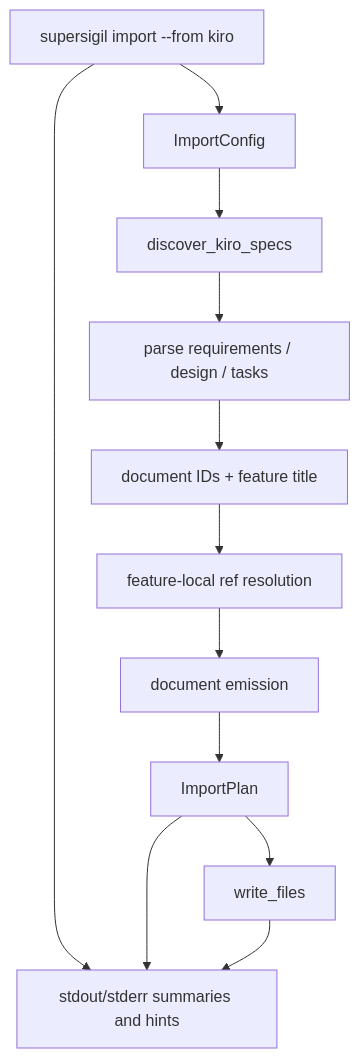
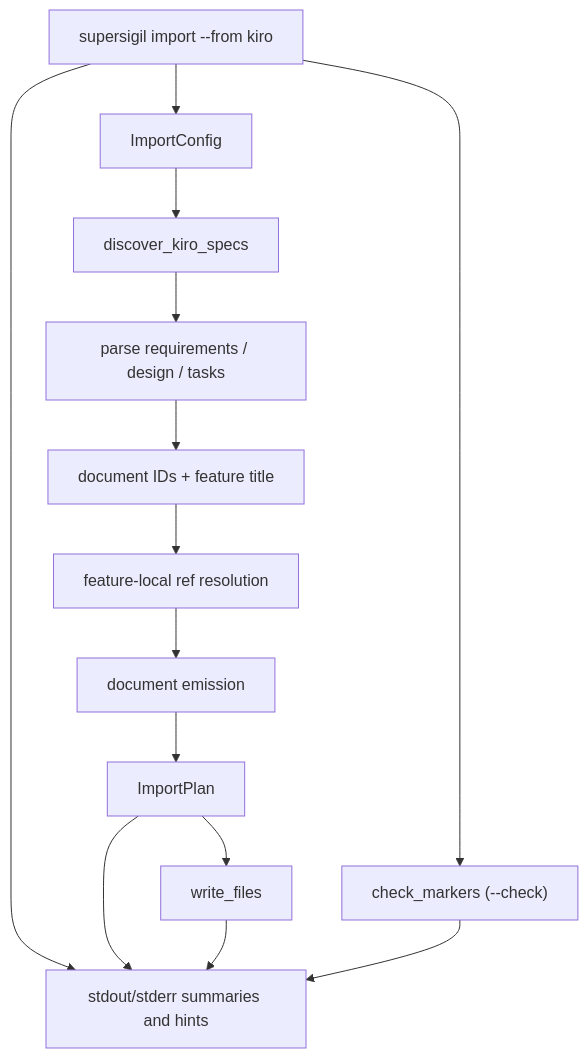
The diagram in crates/supersigil-import/specs/kiro-import/kiro-import.design.md (jonisavo/supersigil), drawn with Mermaid before and after one commit. The commit also changed other lines of this file and 7 other files, not shown here.

First line of the commit message:
feat(import): add --check flag to scan for unresolved TODO markers

````diff
--- a/crates/supersigil-import/specs/kiro-import/kiro-import.design.md
+++ b/crates/supersigil-import/specs/kiro-import/kiro-import.design.md
@@ -32,25 +32,28 @@
 ```mermaid
 graph TD
     CLI["supersigil import --from kiro"]
     CFG["ImportConfig"]
     DISC["discover_kiro_specs"]
     PARSE["parse requirements / design / tasks"]
     IDS["document IDs + feature title"]
     RESOLVE["feature-local ref resolution"]
     EMIT["document emission"]
     PLAN["ImportPlan"]
     WRITE["write_files"]
+    CHECK["check_markers (--check)"]
     OUT["stdout/stderr summaries and hints"]
 
     CLI --> CFG
     CFG --> DISC
     DISC --> PARSE
     PARSE --> IDS
     IDS --> RESOLVE
     RESOLVE --> EMIT
     EMIT --> PLAN
     PLAN --> WRITE
+    CLI --> CHECK
     CLI --> OUT
     PLAN --> OUT
     WRITE --> OUT
+    CHECK --> OUT
 ```
````
